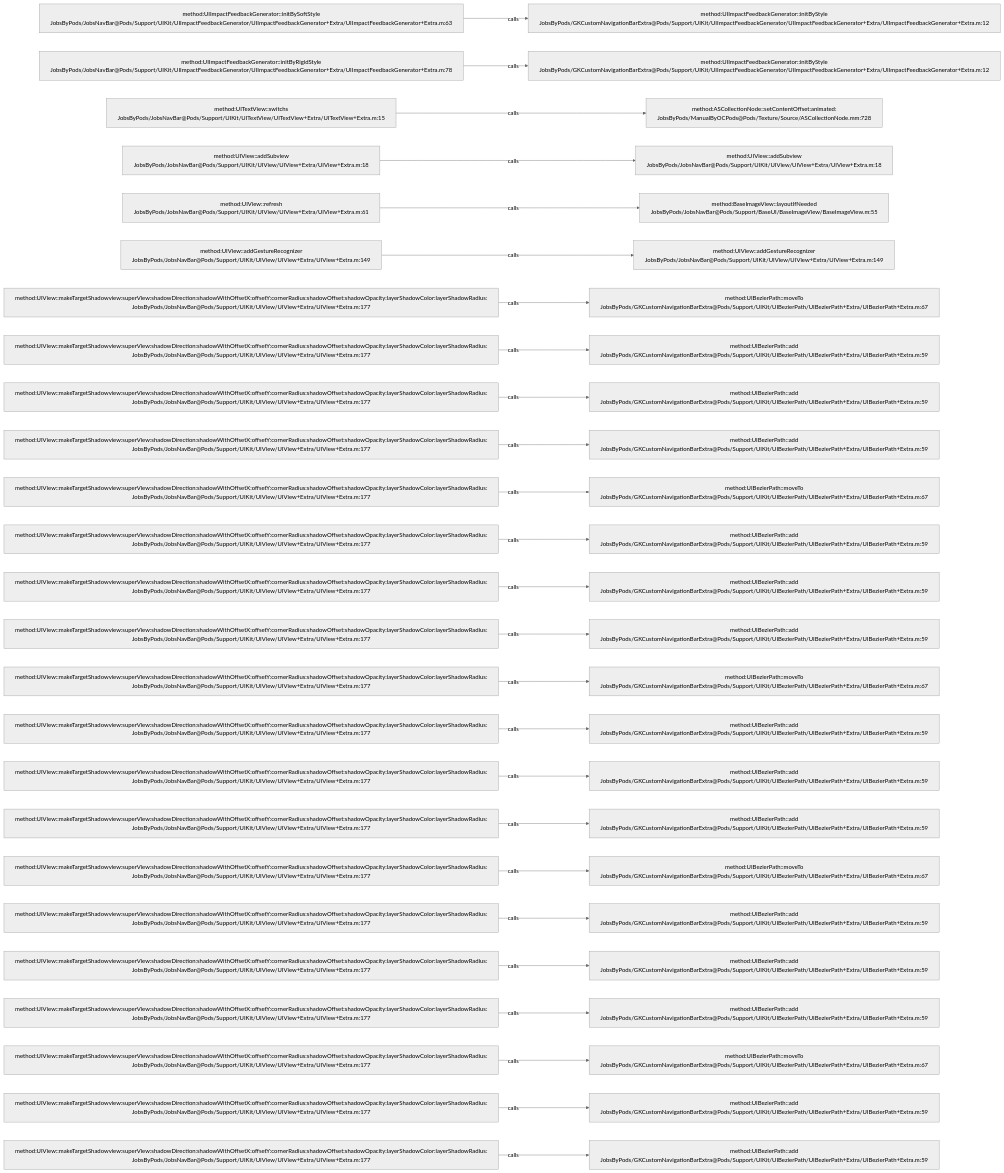
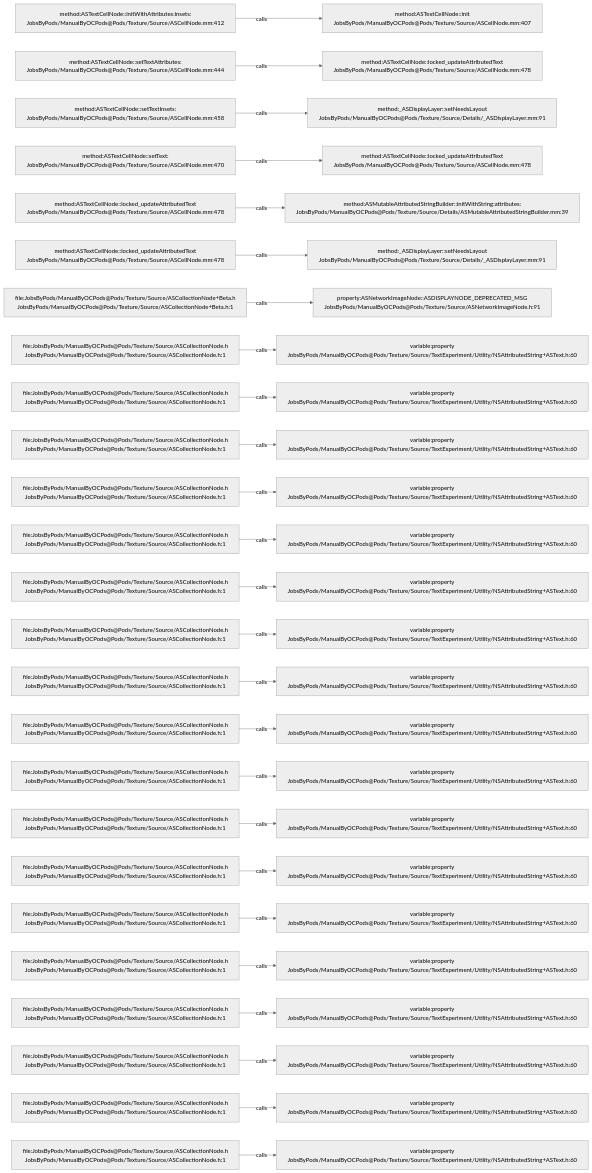
Before and after one commit to JobsKits/JobsOCBaseConfigDemo: the diagram in .codegraph/codegraph.md/graphs/calls-082.md, drawn with Mermaid (neutral theme). The commit also changed 2162 other files, not shown here.

````diff
--- a/.codegraph/codegraph.md/graphs/calls-082.md
+++ b/.codegraph/codegraph.md/graphs/calls-082.md
@@ -13,78 +13,78 @@
 ```mermaid
 flowchart LR
-  S1["method:UIImpactFeedbackGenerator::initBySoftStyle<br/>JobsByPods/JobsNavBar@Pods/Support/UIKit/UIImpactFeedbackGenerator/UIImpactFeedbackGenerator+Extra/UIImpactFeedbackGenerator+Extra.m:63"]
-  T1["method:UIImpactFeedbackGenerator::initByStyle<br/>JobsByPods/GKCustomNavigationBarExtra@Pods/Support/UIKit/UIImpactFeedbackGenerator/UIImpactFeedbackGenerator+Extra/UIImpactFeedbackGenerator+Extra.m:12"]
+  S1["method:ASTextCellNode::initWithAttributes:insets:<br/>JobsByPods/ManualByOCPods@Pods/Texture/Source/ASCellNode.mm:412"]
+  T1["method:ASTextCellNode::init<br/>JobsByPods/ManualByOCPods@Pods/Texture/Source/ASCellNode.mm:407"]
   S1 -->|calls| T1
-  S2["method:UIImpactFeedbackGenerator::initByRigidStyle<br/>JobsByPods/JobsNavBar@Pods/Support/UIKit/UIImpactFeedbackGenerator/UIImpactFeedbackGenerator+Extra/UIImpactFeedbackGenerator+Extra.m:78"]
-  T2["method:UIImpactFeedbackGenerator::initByStyle<br/>JobsByPods/GKCustomNavigationBarExtra@Pods/Support/UIKit/UIImpactFeedbackGenerator/UIImpactFeedbackGenerator+Extra/UIImpactFeedbackGenerator+Extra.m:12"]
+  S2["method:ASTextCellNode::setTextAttributes:<br/>JobsByPods/ManualByOCPods@Pods/Texture/Source/ASCellNode.mm:444"]
+  T2["method:ASTextCellNode::locked_updateAttributedText<br/>JobsByPods/ManualByOCPods@Pods/Texture/Source/ASCellNode.mm:478"]
   S2 -->|calls| T2
-  S3["method:UITextView::switchs<br/>JobsByPods/JobsNavBar@Pods/Support/UIKit/UITextView/UITextView+Extra/UITextView+Extra.m:15"]
-  T3["method:ASCollectionNode::setContentOffset:animated:<br/>JobsByPods/ManualByOCPods@Pods/Texture/Source/ASCollectionNode.mm:728"]
+  S3["method:ASTextCellNode::setTextInsets:<br/>JobsByPods/ManualByOCPods@Pods/Texture/Source/ASCellNode.mm:458"]
+  T3["method:_ASDisplayLayer::setNeedsLayout<br/>JobsByPods/ManualByOCPods@Pods/Texture/Source/Details/_ASDisplayLayer.mm:91"]
   S3 -->|calls| T3
-  S4["method:UIView::addSubview<br/>JobsByPods/JobsNavBar@Pods/Support/UIKit/UIView/UIView+Extra/UIView+Extra.m:18"]
-  T4["method:UIView::addSubview<br/>JobsByPods/JobsNavBar@Pods/Support/UIKit/UIView/UIView+Extra/UIView+Extra.m:18"]
+  S4["method:ASTextCellNode::setText:<br/>JobsByPods/ManualByOCPods@Pods/Texture/Source/ASCellNode.mm:470"]
+  T4["method:ASTextCellNode::locked_updateAttributedText<br/>JobsByPods/ManualByOCPods@Pods/Texture/Source/ASCellNode.mm:478"]
   S4 -->|calls| T4
-  S5["method:UIView::refresh<br/>JobsByPods/JobsNavBar@Pods/Support/UIKit/UIView/UIView+Extra/UIView+Extra.m:61"]
-  T5["method:BaseImageView::layoutIfNeeded<br/>JobsByPods/JobsNavBar@Pods/Support/BaseUI/BaseImageView/BaseImageView.m:55"]
+  S5["method:ASTextCellNode::locked_updateAttributedText<br/>JobsByPods/ManualByOCPods@Pods/Texture/Source/ASCellNode.mm:478"]
+  T5["method:ASMutableAttributedStringBuilder::initWithString:attributes:<br/>JobsByPods/ManualByOCPods@Pods/Texture/Source/Details/ASMutableAttributedStringBuilder.mm:39"]
   S5 -->|calls| T5
-  S6["method:UIView::addGestureRecognizer<br/>JobsByPods/JobsNavBar@Pods/Support/UIKit/UIView/UIView+Extra/UIView+Extra.m:149"]
-  T6["method:UIView::addGestureRecognizer<br/>JobsByPods/JobsNavBar@Pods/Support/UIKit/UIView/UIView+Extra/UIView+Extra.m:149"]
+  S6["method:ASTextCellNode::locked_updateAttributedText<br/>JobsByPods/ManualByOCPods@Pods/Texture/Source/ASCellNode.mm:478"]
+  T6["method:_ASDisplayLayer::setNeedsLayout<br/>JobsByPods/ManualByOCPods@Pods/Texture/Source/Details/_ASDisplayLayer.mm:91"]
   S6 -->|calls| T6
-  S7["method:UIView::makeTargetShadowview:superView:shadowDirection:shadowWithOffsetX:offsetY:cornerRadius:shadowOffset:shadowOpacity:layerShadowColor:layerShadowRadius:<br/>JobsByPods/JobsNavBar@Pods/Support/UIKit/UIView/UIView+Extra/UIView+Extra.m:177"]
-  T7["method:UIBezierPath::moveTo<br/>JobsByPods/GKCustomNavigationBarExtra@Pods/Support/UIKit/UIBezierPath/UIBezierPath+Extra/UIBezierPath+Extra.m:67"]
+  S7["file:JobsByPods/ManualByOCPods@Pods/Texture/Source/ASCollectionNode+Beta.h<br/>JobsByPods/ManualByOCPods@Pods/Texture/Source/ASCollectionNode+Beta.h:1"]
+  T7["property:ASNetworkImageNode::ASDISPLAYNODE_DEPRECATED_MSG<br/>JobsByPods/ManualByOCPods@Pods/Texture/Source/ASNetworkImageNode.h:91"]
   S7 -->|calls| T7
-  S8["method:UIView::makeTargetShadowview:superView:shadowDirection:shadowWithOffsetX:offsetY:cornerRadius:shadowOffset:shadowOpacity:layerShadowColor:layerShadowRadius:<br/>JobsByPods/JobsNavBar@Pods/Support/UIKit/UIView/UIView+Extra/UIView+Extra.m:177"]
-  T8["method:UIBezierPath::add<br/>JobsByPods/GKCustomNavigationBarExtra@Pods/Support/UIKit/UIBezierPath/UIBezierPath+Extra/UIBezierPath+Extra.m:59"]
+  S8["file:JobsByPods/ManualByOCPods@Pods/Texture/Source/ASCollectionNode.h<br/>JobsByPods/ManualByOCPods@Pods/Texture/Source/ASCollectionNode.h:1"]
+  T8["variable:property<br/>JobsByPods/ManualByOCPods@Pods/Texture/Source/TextExperiment/Utility/NSAttributedString+ASText.h:60"]
   S8 -->|calls| T8
-  S9["method:UIView::makeTargetShadowview:superView:shadowDirection:shadowWithOffsetX:offsetY:cornerRadius:shadowOffset:shadowOpacity:layerShadowColor:layerShadowRadius:<br/>JobsByPods/JobsNavBar@Pods/Support/UIKit/UIView/UIView+Extra/UIView+Extra.m:177"]
-  T9["method:UIBezierPath::add<br/>JobsByPods/GKCustomNavigationBarExtra@Pods/Support/UIKit/UIBezierPath/UIBezierPath+Extra/UIBezierPath+Extra.m:59"]
+  S9["file:JobsByPods/ManualByOCPods@Pods/Texture/Source/ASCollectionNode.h<br/>JobsByPods/ManualByOCPods@Pods/Texture/Source/ASCollectionNode.h:1"]
+  T9["variable:property<br/>JobsByPods/ManualByOCPods@Pods/Texture/Source/TextExperiment/Utility/NSAttributedString+ASText.h:60"]
   S9 -->|calls| T9
-  S10["method:UIView::makeTargetShadowview:superView:shadowDirection:shadowWithOffsetX:offsetY:cornerRadius:shadowOffset:shadowOpacity:layerShadowColor:layerShadowRadius:<br/>JobsByPods/JobsNavBar@Pods/Support/UIKit/UIView/UIView+Extra/UIView+Extra.m:177"]
-  T10["method:UIBezierPath::add<br/>JobsByPods/GKCustomNavigationBarExtra@Pods/Support/UIKit/UIBezierPath/UIBezierPath+Extra/UIBezierPath+Extra.m:59"]
+  S10["file:JobsByPods/ManualByOCPods@Pods/Texture/Source/ASCollectionNode.h<br/>JobsByPods/ManualByOCPods@Pods/Texture/Source/ASCollectionNode.h:1"]
+  T10["variable:property<br/>JobsByPods/ManualByOCPods@Pods/Texture/Source/TextExperiment/Utility/NSAttributedString+ASText.h:60"]
   S10 -->|calls| T10
-  S11["method:UIView::makeTargetShadowview:superView:shadowDirection:shadowWithOffsetX:offsetY:cornerRadius:shadowOffset:shadowOpacity:layerShadowColor:layerShadowRadius:<br/>JobsByPods/JobsNavBar@Pods/Support/UIKit/UIView/UIView+Extra/UIView+Extra.m:177"]
-  T11["method:UIBezierPath::moveTo<br/>JobsByPods/GKCustomNavigationBarExtra@Pods/Support/UIKit/UIBezierPath/UIBezierPath+Extra/UIBezierPath+Extra.m:67"]
+  S11["file:JobsByPods/ManualByOCPods@Pods/Texture/Source/ASCollectionNode.h<br/>JobsByPods/ManualByOCPods@Pods/Texture/Source/ASCollectionNode.h:1"]
+  T11["variable:property<br/>JobsByPods/ManualByOCPods@Pods/Texture/Source/TextExperiment/Utility/NSAttributedString+ASText.h:60"]
   S11 -->|calls| T11
-  S12["method:UIView::makeTargetShadowview:superView:shadowDirection:shadowWithOffsetX:offsetY:cornerRadius:shadowOffset:shadowOpacity:layerShadowColor:layerShadowRadius:<br/>JobsByPods/JobsNavBar@Pods/Support/UIKit/UIView/UIView+Extra/UIView+Extra.m:177"]
-  T12["method:UIBezierPath::add<br/>JobsByPods/GKCustomNavigationBarExtra@Pods/Support/UIKit/UIBezierPath/UIBezierPath+Extra/UIBezierPath+Extra.m:59"]
+  S12["file:JobsByPods/ManualByOCPods@Pods/Texture/Source/ASCollectionNode.h<br/>JobsByPods/ManualByOCPods@Pods/Texture/Source/ASCollectionNode.h:1"]
+  T12["variable:property<br/>JobsByPods/ManualByOCPods@Pods/Texture/Source/TextExperiment/Utility/NSAttributedString+ASText.h:60"]
   S12 -->|calls| T12
-  S13["method:UIView::makeTargetShadowview:superView:shadowDirection:shadowWithOffsetX:offsetY:cornerRadius:shadowOffset:shadowOpacity:layerShadowColor:layerShadowRadius:<br/>JobsByPods/JobsNavBar@Pods/Support/UIKit/UIView/UIView+Extra/UIView+Extra.m:177"]
-  T13["method:UIBezierPath::add<br/>JobsByPods/GKCustomNavigationBarExtra@Pods/Support/UIKit/UIBezierPath/UIBezierPath+Extra/UIBezierPath+Extra.m:59"]
+  S13["file:JobsByPods/ManualByOCPods@Pods/Texture/Source/ASCollectionNode.h<br/>JobsByPods/ManualByOCPods@Pods/Texture/Source/ASCollectionNode.h:1"]
+  T13["variable:property<br/>JobsByPods/ManualByOCPods@Pods/Texture/Source/TextExperiment/Utility/NSAttributedString+ASText.h:60"]
   S13 -->|calls| T13
-  S14["method:UIView::makeTargetShadowview:superView:shadowDirection:shadowWithOffsetX:offsetY:cornerRadius:shadowOffset:shadowOpacity:layerShadowColor:layerShadowRadius:<br/>JobsByPods/JobsNavBar@Pods/Support/UIKit/UIView/UIView+Extra/UIView+Extra.m:177"]
-  T14["method:UIBezierPath::add<br/>JobsByPods/GKCustomNavigationBarExtra@Pods/Support/UIKit/UIBezierPath/UIBezierPath+Extra/UIBezierPath+Extra.m:59"]
+  S14["file:JobsByPods/ManualByOCPods@Pods/Texture/Source/ASCollectionNode.h<br/>JobsByPods/ManualByOCPods@Pods/Texture/Source/ASCollectionNode.h:1"]
+  T14["variable:property<br/>JobsByPods/ManualByOCPods@Pods/Texture/Source/TextExperiment/Utility/NSAttributedString+ASText.h:60"]
   S14 -->|calls| T14
-  S15["method:UIView::makeTargetShadowview:superView:shadowDirection:shadowWithOffsetX:offsetY:cornerRadius:shadowOffset:shadowOpacity:layerShadowColor:layerShadowRadius:<br/>JobsByPods/JobsNavBar@Pods/Support/UIKit/UIView/UIView+Extra/UIView+Extra.m:177"]
-  T15["method:UIBezierPath::moveTo<br/>JobsByPods/GKCustomNavigationBarExtra@Pods/Support/UIKit/UIBezierPath/UIBezierPath+Extra/UIBezierPath+Extra.m:67"]
+  S15["file:JobsByPods/ManualByOCPods@Pods/Texture/Source/ASCollectionNode.h<br/>JobsByPods/ManualByOCPods@Pods/Texture/Source/ASCollectionNode.h:1"]
+  T15["variable:property<br/>JobsByPods/ManualByOCPods@Pods/Texture/Source/TextExperiment/Utility/NSAttributedString+ASText.h:60"]
   S15 -->|calls| T15
-  S16["method:UIView::makeTargetShadowview:superView:shadowDirection:shadowWithOffsetX:offsetY:cornerRadius:shadowOffset:shadowOpacity:layerShadowColor:layerShadowRadius:<br/>JobsByPods/JobsNavBar@Pods/Support/UIKit/UIView/UIView+Extra/UIView+Extra.m:177"]
-  T16["method:UIBezierPath::add<br/>JobsByPods/GKCustomNavigationBarExtra@Pods/Support/UIKit/UIBezierPath/UIBezierPath+Extra/UIBezierPath+Extra.m:59"]
+  S16["file:JobsByPods/ManualByOCPods@Pods/Texture/Source/ASCollectionNode.h<br/>JobsByPods/ManualByOCPods@Pods/Texture/Source/ASCollectionNode.h:1"]
+  T16["variable:property<br/>JobsByPods/ManualByOCPods@Pods/Texture/Source/TextExperiment/Utility/NSAttributedString+ASText.h:60"]
   S16 -->|calls| T16
-  S17["method:UIView::makeTargetShadowview:superView:shadowDirection:shadowWithOffsetX:offsetY:cornerRadius:shadowOffset:shadowOpacity:layerShadowColor:layerShadowRadius:<br/>JobsByPods/JobsNavBar@Pods/Support/UIKit/UIView/UIView+Extra/UIView+Extra.m:177"]
-  T17["method:UIBezierPath::add<br/>JobsByPods/GKCustomNavigationBarExtra@Pods/Support/UIKit/UIBezierPath/UIBezierPath+Extra/UIBezierPath+Extra.m:59"]
+  S17["file:JobsByPods/ManualByOCPods@Pods/Texture/Source/ASCollectionNode.h<br/>JobsByPods/ManualByOCPods@Pods/Texture/Source/ASCollectionNode.h:1"]
+  T17["variable:property<br/>JobsByPods/ManualByOCPods@Pods/Texture/Source/TextExperiment/Utility/NSAttributedString+ASText.h:60"]
   S17 -->|calls| T17
-  S18["method:UIView::makeTargetShadowview:superView:shadowDirection:shadowWithOffsetX:offsetY:cornerRadius:shadowOffset:shadowOpacity:layerShadowColor:layerShadowRadius:<br/>JobsByPods/JobsNavBar@Pods/Support/UIKit/UIView/UIView+Extra/UIView+Extra.m:177"]
-  T18["method:UIBezierPath::add<br/>JobsByPods/GKCustomNavigationBarExtra@Pods/Support/UIKit/UIBezierPath/UIBezierPath+Extra/UIBezierPath+Extra.m:59"]
+  S18["file:JobsByPods/ManualByOCPods@Pods/Texture/Source/ASCollectionNode.h<br/>JobsByPods/ManualByOCPods@Pods/Texture/Source/ASCollectionNode.h:1"]
+  T18["variable:property<br/>JobsByPods/ManualByOCPods@Pods/Texture/Source/TextExperiment/Utility/NSAttributedString+ASText.h:60"]
   S18 -->|calls| T18
-  S19["method:UIView::makeTargetShadowview:superView:shadowDirection:shadowWithOffsetX:offsetY:cornerRadius:shadowOffset:shadowOpacity:layerShadowColor:layerShadowRadius:<br/>JobsByPods/JobsNavBar@Pods/Support/UIKit/UIView/UIView+Extra/UIView+Extra.m:177"]
-  T19["method:UIBezierPath::moveTo<br/>JobsByPods/GKCustomNavigationBarExtra@Pods/Support/UIKit/UIBezierPath/UIBezierPath+Extra/UIBezierPath+Extra.m:67"]
+  S19["file:JobsByPods/ManualByOCPods@Pods/Texture/Source/ASCollectionNode.h<br/>JobsByPods/ManualByOCPods@Pods/Texture/Source/ASCollectionNode.h:1"]
+  T19["variable:property<br/>JobsByPods/ManualByOCPods@Pods/Texture/Source/TextExperiment/Utility/NSAttributedString+ASText.h:60"]
   S19 -->|calls| T19
-  S20["method:UIView::makeTargetShadowview:superView:shadowDirection:shadowWithOffsetX:offsetY:cornerRadius:shadowOffset:shadowOpacity:layerShadowColor:layerShadowRadius:<br/>JobsByPods/JobsNavBar@Pods/Support/UIKit/UIView/UIView+Extra/UIView+Extra.m:177"]
-  T20["method:UIBezierPath::add<br/>JobsByPods/GKCustomNavigationBarExtra@Pods/Support/UIKit/UIBezierPath/UIBezierPath+Extra/UIBezierPath+Extra.m:59"]
+  S20["file:JobsByPods/ManualByOCPods@Pods/Texture/Source/ASCollectionNode.h<br/>JobsByPods/ManualByOCPods@Pods/Texture/Source/ASCollectionNode.h:1"]
+  T20["variable:property<br/>JobsByPods/ManualByOCPods@Pods/Texture/Source/TextExperiment/Utility/NSAttributedString+ASText.h:60"]
   S20 -->|calls| T20
-  S21["method:UIView::makeTargetShadowview:superView:shadowDirection:shadowWithOffsetX:offsetY:cornerRadius:shadowOffset:shadowOpacity:layerShadowColor:layerShadowRadius:<br/>JobsByPods/JobsNavBar@Pods/Support/UIKit/UIView/UIView+Extra/UIView+Extra.m:177"]
-  T21["method:UIBezierPath::add<br/>JobsByPods/GKCustomNavigationBarExtra@Pods/Support/UIKit/UIBezierPath/UIBezierPath+Extra/UIBezierPath+Extra.m:59"]
+  S21["file:JobsByPods/ManualByOCPods@Pods/Texture/Source/ASCollectionNode.h<br/>JobsByPods/ManualByOCPods@Pods/Texture/Source/ASCollectionNode.h:1"]
+  T21["variable:property<br/>JobsByPods/ManualByOCPods@Pods/Texture/Source/TextExperiment/Utility/NSAttributedString+ASText.h:60"]
   S21 -->|calls| T21
-  S22["method:UIView::makeTargetShadowview:superView:shadowDirection:shadowWithOffsetX:offsetY:cornerRadius:shadowOffset:shadowOpacity:layerShadowColor:layerShadowRadius:<br/>JobsByPods/JobsNavBar@Pods/Support/UIKit/UIView/UIView+Extra/UIView+Extra.m:177"]
-  T22["method:UIBezierPath::add<br/>JobsByPods/GKCustomNavigationBarExtra@Pods/Support/UIKit/UIBezierPath/UIBezierPath+Extra/UIBezierPath+Extra.m:59"]
+  S22["file:JobsByPods/ManualByOCPods@Pods/Texture/Source/ASCollectionNode.h<br/>JobsByPods/ManualByOCPods@Pods/Texture/Source/ASCollectionNode.h:1"]
+  T22["variable:property<br/>JobsByPods/ManualByOCPods@Pods/Texture/Source/TextExperiment/Utility/NSAttributedString+ASText.h:60"]
   S22 -->|calls| T22
-  S23["method:UIView::makeTargetShadowview:superView:shadowDirection:shadowWithOffsetX:offsetY:cornerRadius:shadowOffset:shadowOpacity:layerShadowColor:layerShadowRadius:<br/>JobsByPods/JobsNavBar@Pods/Support/UIKit/UIView/UIView+Extra/UIView+Extra.m:177"]
-  T23["method:UIBezierPath::moveTo<br/>JobsByPods/GKCustomNavigationBarExtra@Pods/Support/UIKit/UIBezierPath/UIBezierPath+Extra/UIBezierPath+Extra.m:67"]
+  S23["file:JobsByPods/ManualByOCPods@Pods/Texture/Source/ASCollectionNode.h<br/>JobsByPods/ManualByOCPods@Pods/Texture/Source/ASCollectionNode.h:1"]
+  T23["variable:property<br/>JobsByPods/ManualByOCPods@Pods/Texture/Source/TextExperiment/Utility/NSAttributedString+ASText.h:60"]
   S23 -->|calls| T23
-  S24["method:UIView::makeTargetShadowview:superView:shadowDirection:shadowWithOffsetX:offsetY:cornerRadius:shadowOffset:shadowOpacity:layerShadowColor:layerShadowRadius:<br/>JobsByPods/JobsNavBar@Pods/Support/UIKit/UIView/UIView+Extra/UIView+Extra.m:177"]
-  T24["method:UIBezierPath::add<br/>JobsByPods/GKCustomNavigationBarExtra@Pods/Support/UIKit/UIBezierPath/UIBezierPath+Extra/UIBezierPath+Extra.m:59"]
+  S24["file:JobsByPods/ManualByOCPods@Pods/Texture/Source/ASCollectionNode.h<br/>JobsByPods/ManualByOCPods@Pods/Texture/Source/ASCollectionNode.h:1"]
+  T24["variable:property<br/>JobsByPods/ManualByOCPods@Pods/Texture/Source/TextExperiment/Utility/NSAttributedString+ASText.h:60"]
   S24 -->|calls| T24
-  S25["method:UIView::makeTargetShadowview:superView:shadowDirection:shadowWithOffsetX:offsetY:cornerRadius:shadowOffset:shadowOpacity:layerShadowColor:layerShadowRadius:<br/>JobsByPods/JobsNavBar@Pods/Support/UIKit/UIView/UIView+Extra/UIView+Extra.m:177"]
-  T25["method:UIBezierPath::add<br/>JobsByPods/GKCustomNavigationBarExtra@Pods/Support/UIKit/UIBezierPath/UIBezierPath+Extra/UIBezierPath+Extra.m:59"]
+  S25["file:JobsByPods/ManualByOCPods@Pods/Texture/Source/ASCollectionNode.h<br/>JobsByPods/ManualByOCPods@Pods/Texture/Source/ASCollectionNode.h:1"]
+  T25["variable:property<br/>JobsByPods/ManualByOCPods@Pods/Texture/Source/TextExperiment/Utility/NSAttributedString+ASText.h:60"]
   S25 -->|calls| T25
 ```
````
